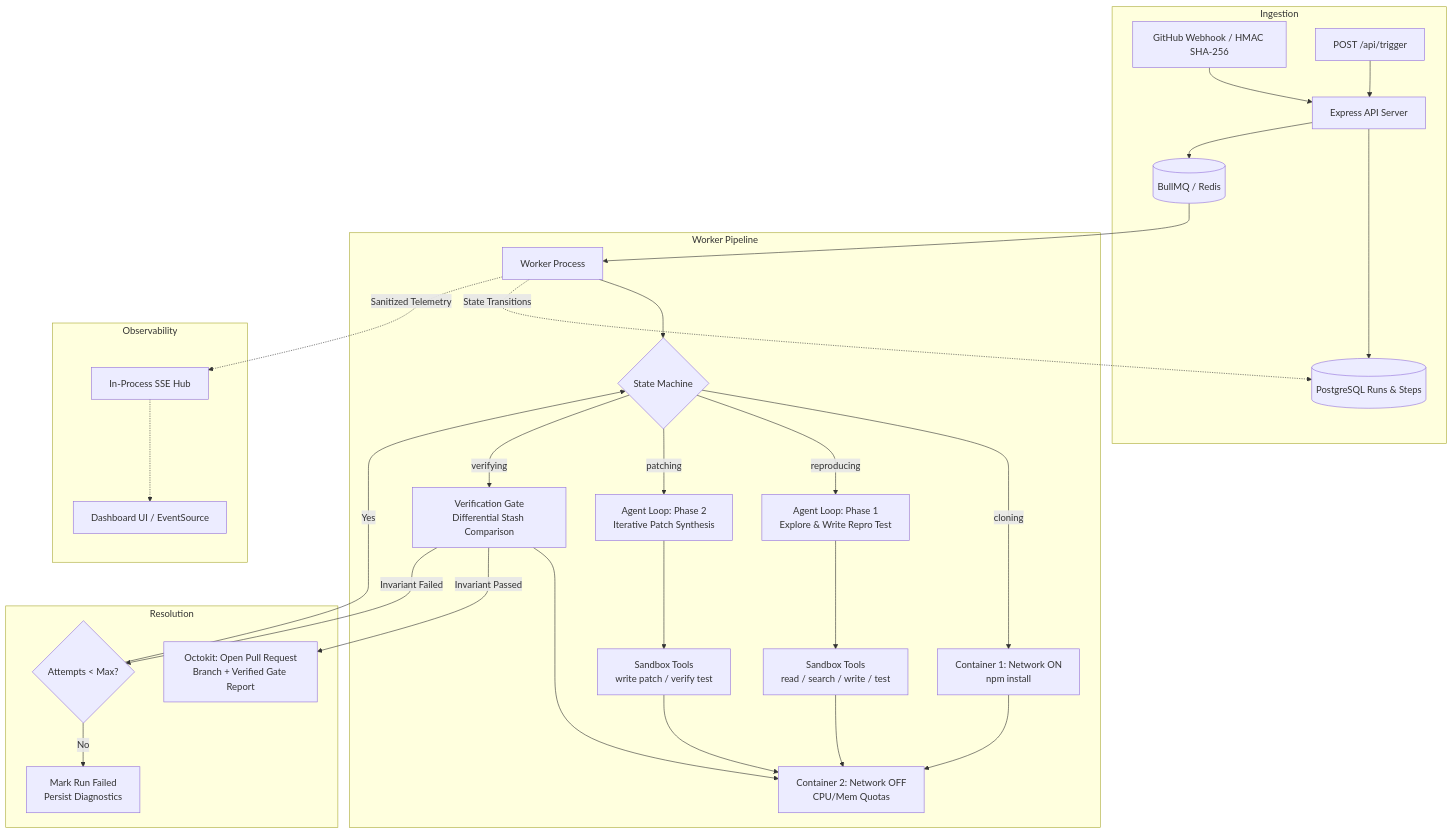
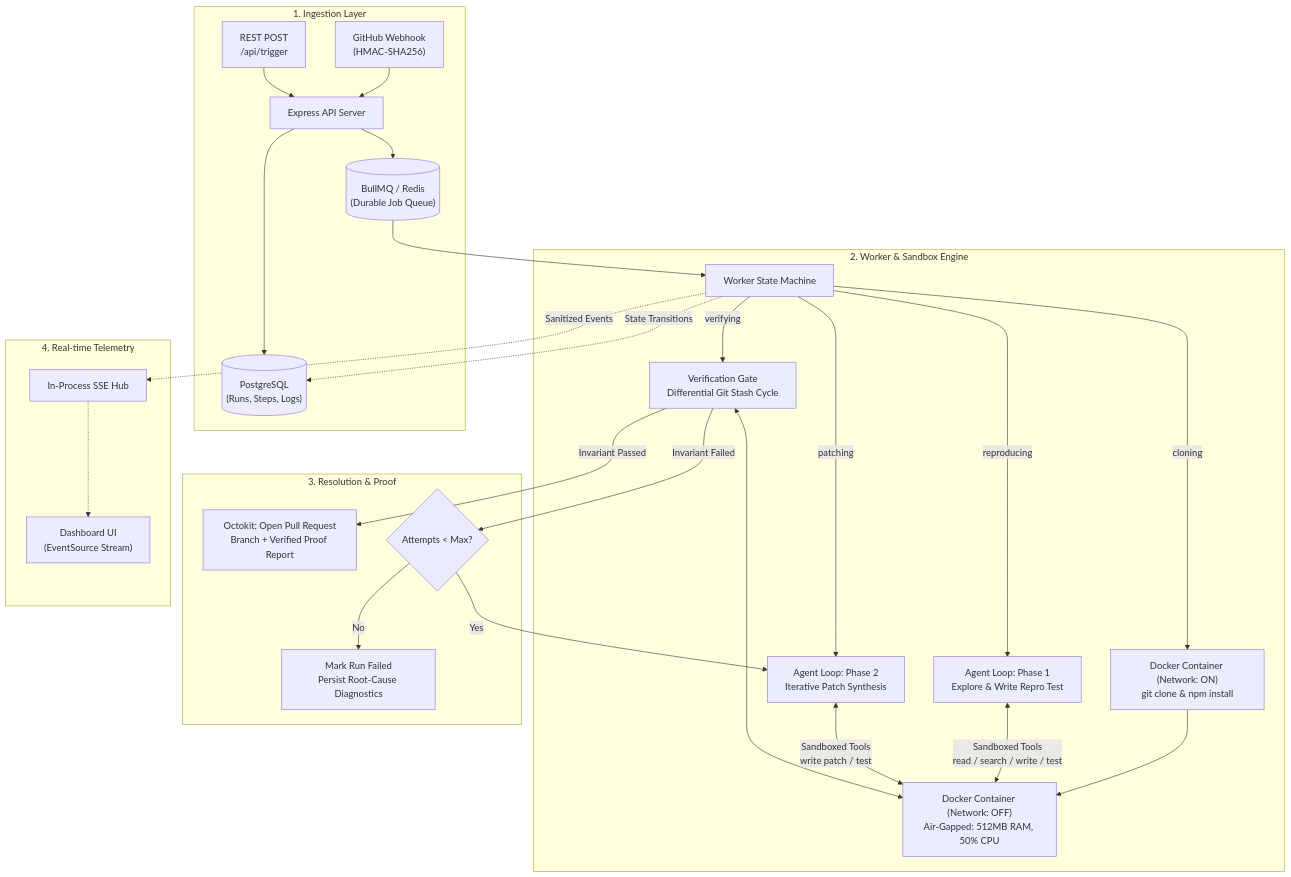
Before and after one commit to MidunP/Patchproof: the diagram in README.md, drawn with Mermaid. The commit also changed other lines of this file and 7 other files, not shown here.

````diff
--- a/README.md
+++ b/README.md
@@ -30,41 +76,37 @@
 ```mermaid
 flowchart TD
-    subgraph Ingestion
-        WH[GitHub Webhook / HMAC SHA-256] --> API[Express API Server]
-        URL[POST /api/trigger] --> API
-        API --> DB[(PostgreSQL Runs & Steps)]
-        API --> Q[(BullMQ / Redis)]
+    subgraph Ingestion ["1. Ingestion Layer"]
+        WH["GitHub Webhook<br/>(HMAC-SHA256)"] --> API["Express API Server"]
+        URL["REST POST<br/>/api/trigger"] --> API
+        API --> DB[("PostgreSQL<br/>(Runs, Steps, Logs)")]
+        API --> Q[("BullMQ / Redis<br/>(Durable Job Queue)")]
     end
 
-    subgraph Worker Pipeline
-        Q --> W[Worker Process]
-        W --> SM{State Machine}
+    subgraph Pipeline ["2. Worker & Sandbox Engine"]
+        Q --> W["Worker State Machine"]
+        W -->|"cloning"| SB1["Docker Container (Network: ON)<br/>git clone & npm install"]
+        SB1 --> SB2["Docker Container (Network: OFF)<br/>Air-Gapped: 512MB RAM, 50% CPU"]
         
-        SM -->|cloning| SB1[Container 1: Network ON\nnpm install]
-        SB1 --> SB2[Container 2: Network OFF\nCPU/Mem Quotas]
+        W -->|"reproducing"| AG1["Agent Loop: Phase 1<br/>Explore & Write Repro Test"]
+        AG1 <-->|"Sandboxed Tools<br/>read / search / write / test"| SB2
         
-        SM -->|reproducing| AG1[Agent Loop: Phase 1\nExplore & Write Repro Test]
-        AG1 --> TOOLS1[Sandbox Tools\nread / search / write / test]
-        TOOLS1 --> SB2
+        W -->|"patching"| AG2["Agent Loop: Phase 2<br/>Iterative Patch Synthesis"]
+        AG2 <-->|"Sandboxed Tools<br/>write patch / test"| SB2
         
-        SM -->|patching| AG2[Agent Loop: Phase 2\nIterative Patch Synthesis]
-        AG2 --> TOOLS2[Sandbox Tools\nwrite patch / verify test]
-        TOOLS2 --> SB2
-        
-        SM -->|verifying| VG[Verification Gate\nDifferential Stash Comparison]
-        VG --> SB2
+        W -->|"verifying"| VG["Verification Gate<br/>Differential Git Stash Cycle"]
+        VG <--> SB2
     end
 
-    subgraph Resolution
-        VG -->|Invariant Passed| PR[Octokit: Open Pull Request\nBranch + Verified Gate Report]
-        VG -->|Invariant Failed| RETRY{Attempts < Max?}
-        RETRY -->|Yes| SM
-        RETRY -->|No| FAIL[Mark Run Failed\nPersist Diagnostics]
+    subgraph Resolution ["3. Resolution & Proof"]
+        VG -->|"Invariant Passed"| PR["Octokit: Open Pull Request<br/>Branch + Verified Proof Report"]
+        VG -->|"Invariant Failed"| RETRY{"Attempts < Max?"}
+        RETRY -->|"Yes"| AG2
+        RETRY -->|"No"| FAIL["Mark Run Failed<br/>Persist Root-Cause Diagnostics"]
     end
 
-    subgraph Observability
-        W -.->|State Transitions| DB
-        W -.->|Sanitized Telemetry| SSE[In-Process SSE Hub]
-        SSE -.-> DASH[Dashboard UI / EventSource]
+    subgraph Observability ["4. Real-time Telemetry"]
+        W -.->|"State Transitions"| DB
+        W -.->|"Sanitized Events"| SSE["In-Process SSE Hub"]
+        SSE -.-> DASH["Dashboard UI<br/>(EventSource Stream)"]
     end
 ```
````
